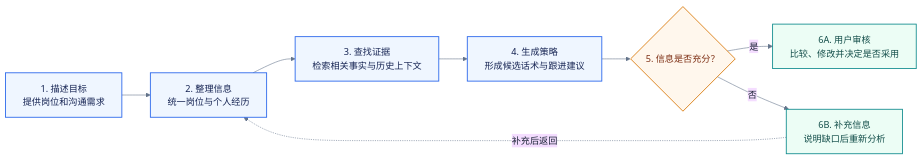
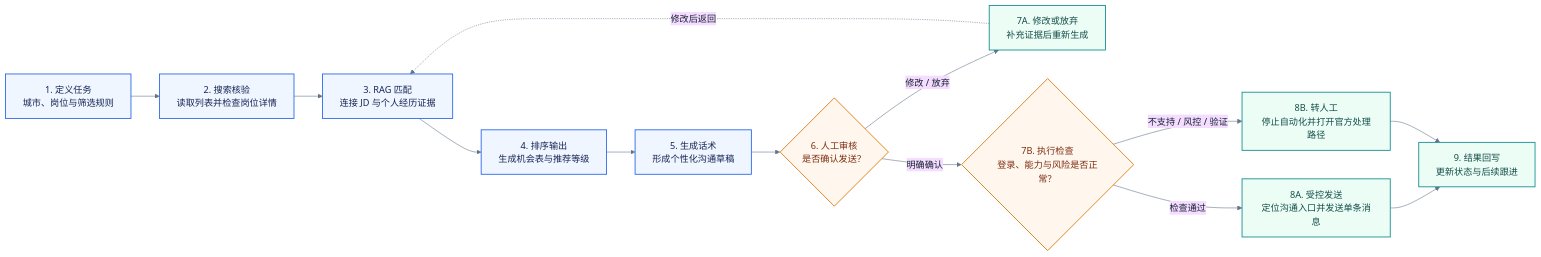
One commit to zhouhan815/CareerReach-AI changed the second of 2 diagrams in README.md. Above: the diagram before and after it, drawn with Mermaid. The commit also changed other lines of this file, not shown here.

````diff
--- a/README.md
+++ b/README.md
@@ -199,24 +247,30 @@
 ```mermaid
 %%{init: {"theme":"base","themeVariables":{"fontSize":"16px","fontFamily":"Arial, sans-serif","primaryTextColor":"#172033","lineColor":"#64748B"}}}%%
 flowchart LR
-    A["1. 描述目标<br/>提供岗位和沟通需求"]
-    B["2. 整理信息<br/>统一岗位与个人经历"]
-    C["3. 查找证据<br/>检索相关事实与历史上下文"]
-    D["4. 生成策略<br/>形成候选话术与跟进建议"]
-    E{"5. 信息是否充分？"}
-    F["6A. 用户审核<br/>比较、修改并决定是否采用"]
-    G["6B. 补充信息<br/>说明缺口后重新分析"]
+    A["1. 定义任务<br/>城市、岗位与筛选规则"]
+    B["2. 搜索核验<br/>读取列表并检查岗位详情"]
+    C["3. RAG 匹配<br/>连接 JD 与个人经历证据"]
+    D["4. 排序输出<br/>生成机会表与推荐等级"]
+    E["5. 生成话术<br/>形成个性化沟通草稿"]
+    F{"6. 人工审核<br/>是否确认发送？"}
+    G["7A. 修改或放弃<br/>补充证据后重新生成"]
+    H{"7B. 执行检查<br/>登录、能力与风险是否正常？"}
+    I["8A. 受控发送<br/>定位沟通入口并发送单条消息"]
+    J["8B. 转人工<br/>停止自动化并打开官方处理路径"]
+    K["9. 结果回写<br/>更新状态与后续跟进"]
 
-    A --> B --> C --> D --> E
-    E -- "是" --> F
-    E -- "否" --> G
-    G -. "补充后返回" .-> B
+    A --> B --> C --> D --> E --> F
+    F -- "修改 / 放弃" --> G
+    G -. "修改后返回" .-> C
+    F -- "明确确认" --> H
+    H -- "检查通过" --> I --> K
+    H -- "不支持 / 风控 / 验证" --> J --> K
 
     classDef step fill:#EFF6FF,stroke:#2563EB,color:#172554,stroke-width:1.5px;
     classDef decision fill:#FFF7ED,stroke:#D97706,color:#7C2D12,stroke-width:1.5px;
     classDef finish fill:#ECFDF5,stroke:#0F8B8D,color:#134E4A,stroke-width:1.5px;
 
-    class A,B,C,D step;
-    class E decision;
-    class F,G finish;
+    class A,B,C,D,E step;
+    class F,H decision;
+    class G,I,J,K finish;
 ```
````
